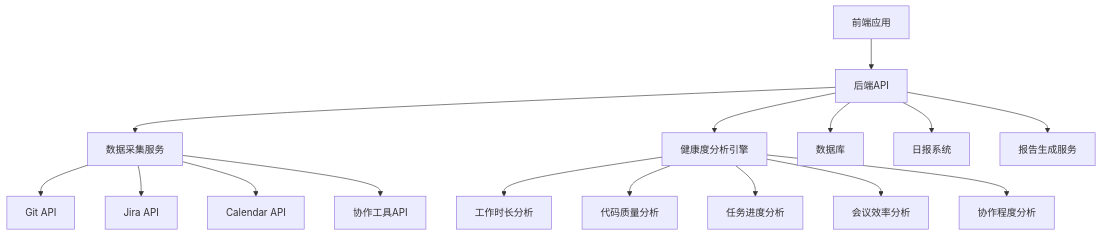
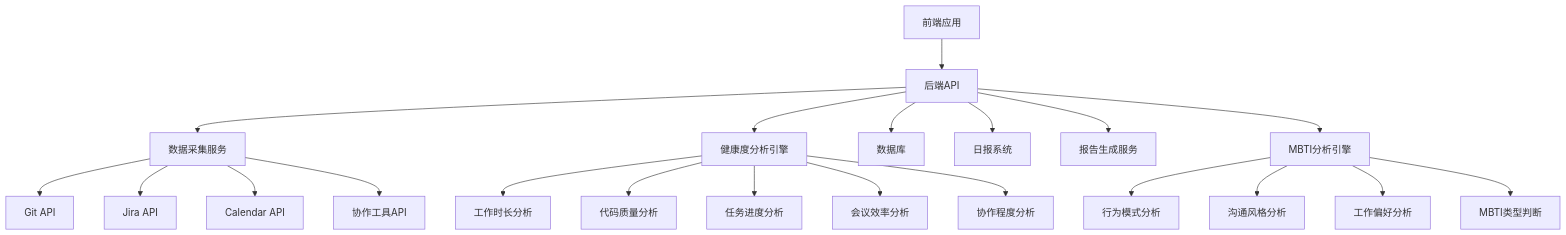
The first of 3 diagrams in .trae/documents/TechnicalArchitecture.md (VoltAgent/awesome-design-md), drawn with Mermaid before and after one commit. The commit also changed other lines of this file and 6 other files, not shown here.

````diff
--- a/.trae/documents/TechnicalArchitecture.md
+++ b/.trae/documents/TechnicalArchitecture.md
@@ -2,18 +2,23 @@
 ```mermaid
 flowchart TD
     A[前端应用] --> B[后端API]
     B --> C[数据采集服务]
     B --> D[健康度分析引擎]
     B --> E[数据库]
     B --> F[日报系统]
     B --> G[报告生成服务]
-    C --> H[Git API]
-    C --> I[Jira API]
-    C --> J[Calendar API]
-    C --> K[协作工具API]
-    D --> L[工作时长分析]
-    D --> M[代码质量分析]
-    D --> N[任务进度分析]
-    D --> O[会议效率分析]
-    D --> P[协作程度分析]
+    B --> H[MBTI分析引擎]
+    C --> I[Git API]
+    C --> J[Jira API]
+    C --> K[Calendar API]
+    C --> L[协作工具API]
+    D --> M[工作时长分析]
+    D --> N[代码质量分析]
+    D --> O[任务进度分析]
+    D --> P[会议效率分析]
+    D --> Q[协作程度分析]
+    H --> R[行为模式分析]
+    H --> S[沟通风格分析]
+    H --> T[工作偏好分析]
+    H --> U[MBTI类型判断]
 ```
````
